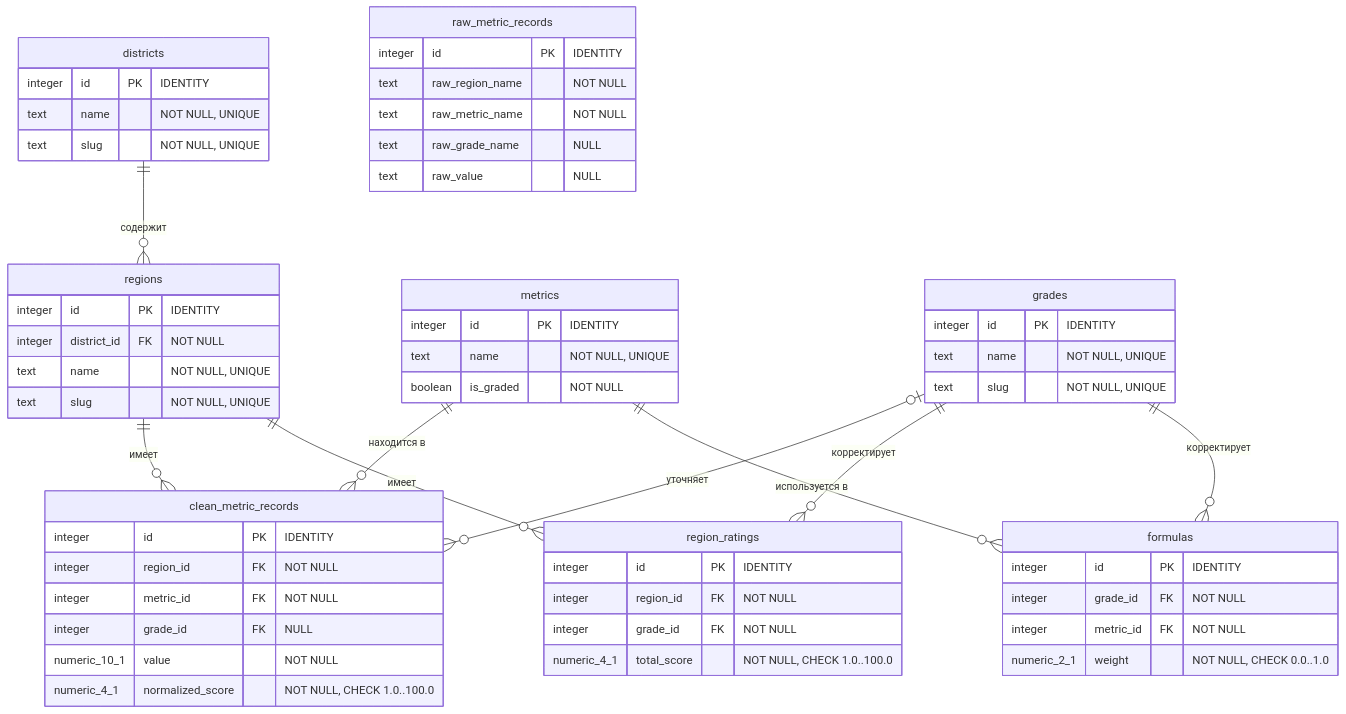
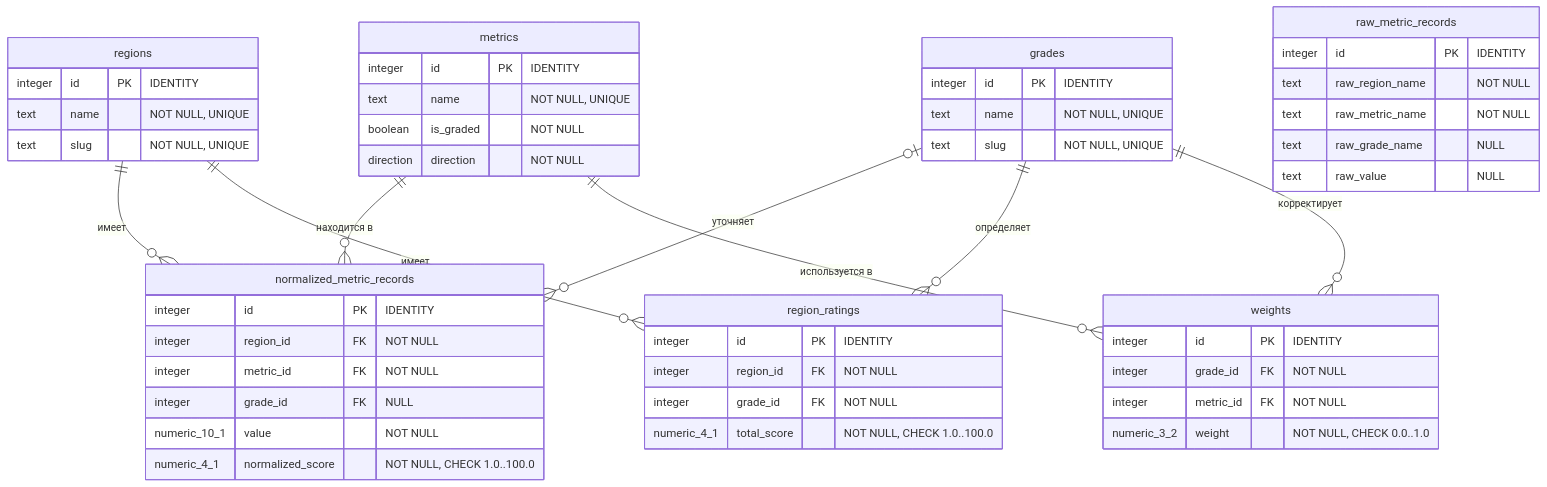
The diagram in docs/spec.md (snogtev/it-compass), drawn with Mermaid before and after one commit. The commit also changed other lines of this file and 2 other files, not shown here.

````diff
--- a/docs/spec.md
+++ b/docs/spec.md
@@ -146,67 +140,60 @@
 ```mermaid
 erDiagram
-    districts ||--o{ regions : "содержит"
-    regions ||--o{ clean_metric_records : "имеет"
-    metrics ||--o{ clean_metric_records : "находится в"
-    grades |o--o{ clean_metric_records : "уточняет"
+    regions ||--o{ normalized_metric_records : "имеет"
+    metrics ||--o{ normalized_metric_records : "находится в"
+    grades |o--o{ normalized_metric_records : "уточняет"
     regions ||--o{ region_ratings : "имеет"
-    grades ||--o{ region_ratings : "корректирует"
-    grades ||--o{ formulas : "корректирует"
-    metrics ||--o{ formulas : "используется в"
-
-    districts {
-        integer id PK "IDENTITY"
-        text name "NOT NULL, UNIQUE"
-        text slug "NOT NULL, UNIQUE"
-    }
+    grades ||--o{ region_ratings : "определяет"
+    grades ||--o{ weights : "корректирует"
+    metrics ||--o{ weights : "используется в"
 
     regions {
         integer id PK "IDENTITY"
-        integer district_id FK "NOT NULL"
         text name "NOT NULL, UNIQUE"
         text slug "NOT NULL, UNIQUE"
     }
 
     metrics {
         integer id PK "IDENTITY"
         text name "NOT NULL, UNIQUE"
         boolean is_graded "NOT NULL"
+        direction direction "NOT NULL"
     }
 
     grades {
         integer id PK "IDENTITY"
         text name "NOT NULL, UNIQUE"
         text slug "NOT NULL, UNIQUE"
     }
 
     raw_metric_records {
         integer id PK "IDENTITY"
         text raw_region_name "NOT NULL"
         text raw_metric_name "NOT NULL"
         text raw_grade_name "NULL"
         text raw_value "NULL"
     }
 
-    clean_metric_records {
+    normalized_metric_records {
         integer id PK "IDENTITY"
         integer region_id FK "NOT NULL"
         integer metric_id FK "NOT NULL"
         integer grade_id FK "NULL"
         numeric_10_1 value "NOT NULL"
         numeric_4_1 normalized_score "NOT NULL, CHECK 1.0..100.0"
     }
 
     region_ratings {
         integer id PK "IDENTITY"
         integer region_id FK "NOT NULL"
         integer grade_id FK "NOT NULL"
         numeric_4_1 total_score "NOT NULL, CHECK 1.0..100.0"
     }
 
-    formulas {
+    weights {
         integer id PK "IDENTITY"
         integer grade_id FK "NOT NULL"
         integer metric_id FK "NOT NULL"
-        numeric_2_1 weight "NOT NULL, CHECK 0.0..1.0"
+        numeric_3_2 weight "NOT NULL, CHECK 0.0..1.0"
     }
 ```
````
